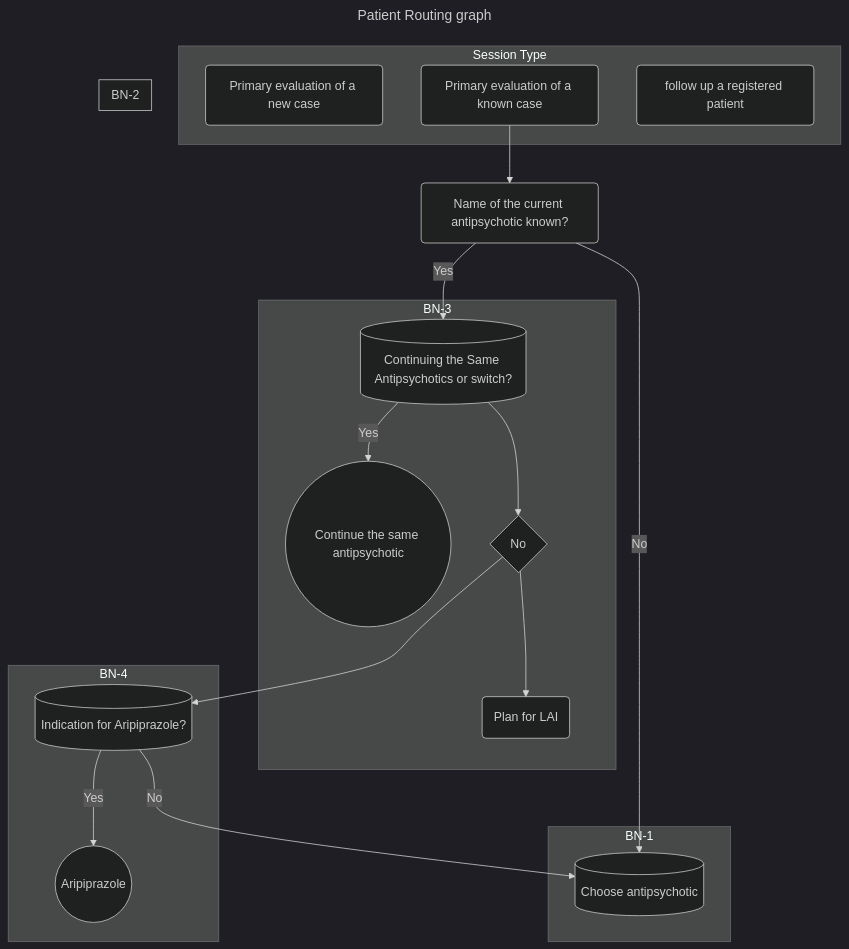
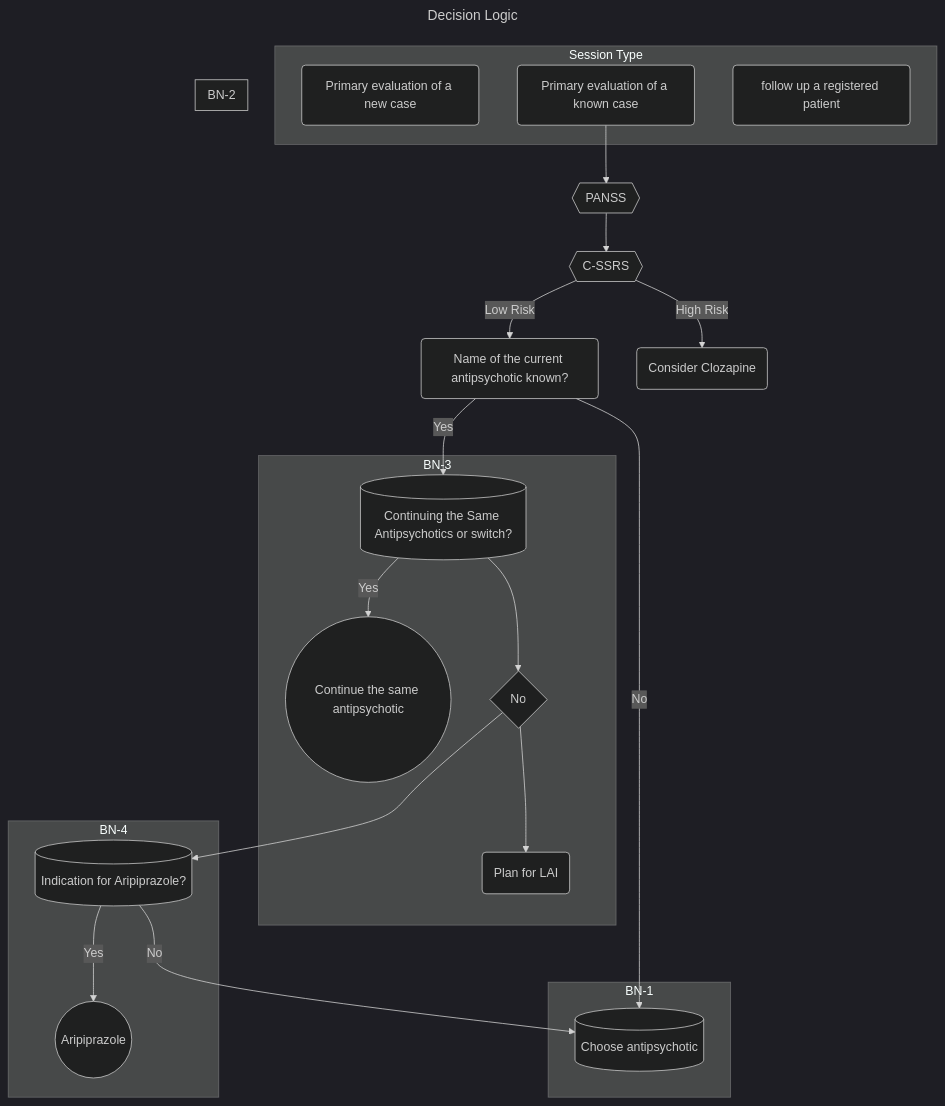
One commit to a-rastin/X changed the diagram in project-documents/flowchart.mermaid. Above: the diagram before and after it, drawn with Mermaid (dark theme).

Commit message:
Edit flowchart

```diff
--- a/project-documents/flowchart.mermaid
+++ b/project-documents/flowchart.mermaid
@@ -1,41 +1,47 @@
 ---
-title: Patient Routing graph
+title: Decision Logic
 ---
 flowchart TD
     subgraph Session Type
         A(Primary evaluation of a new case)
         B(Primary evaluation of a known case) 
         C(follow up a registered patient)                          
     end
 
     subgraph BN-1
         D[(Choose antipsychotic)]
     end
 
     subgraph BN-2
     end
 
     subgraph BN-3
         E[(Continuing the Same Antipsychotics or switch?)]
         F((Continue the same antipsychotic))
         F1{No}
         F2(Plan for LAI)
     end
 
     subgraph BN-4
         G[(Indication for Aripiprazole?)]
         H((Aripiprazole))
     end
                                                                                        
     B1(Name of the current antipsychotic known?)
+    B2{{C-SSRS}}
+    B3(Consider Clozapine)
+    B4{{PANSS}}
     
 
-    B --> B1
+    B --> B4
+    B4 --> B2
+    B2 --> |Low Risk| B1
+    B2 --> |High Risk| B3
     B1 --> |No| D
     B1 --> |Yes| E
     E --> |Yes| F
     E --> F1
     F1 --> G
     F1 --> F2
     G --> |Yes| H
     G --> |No| D
```
